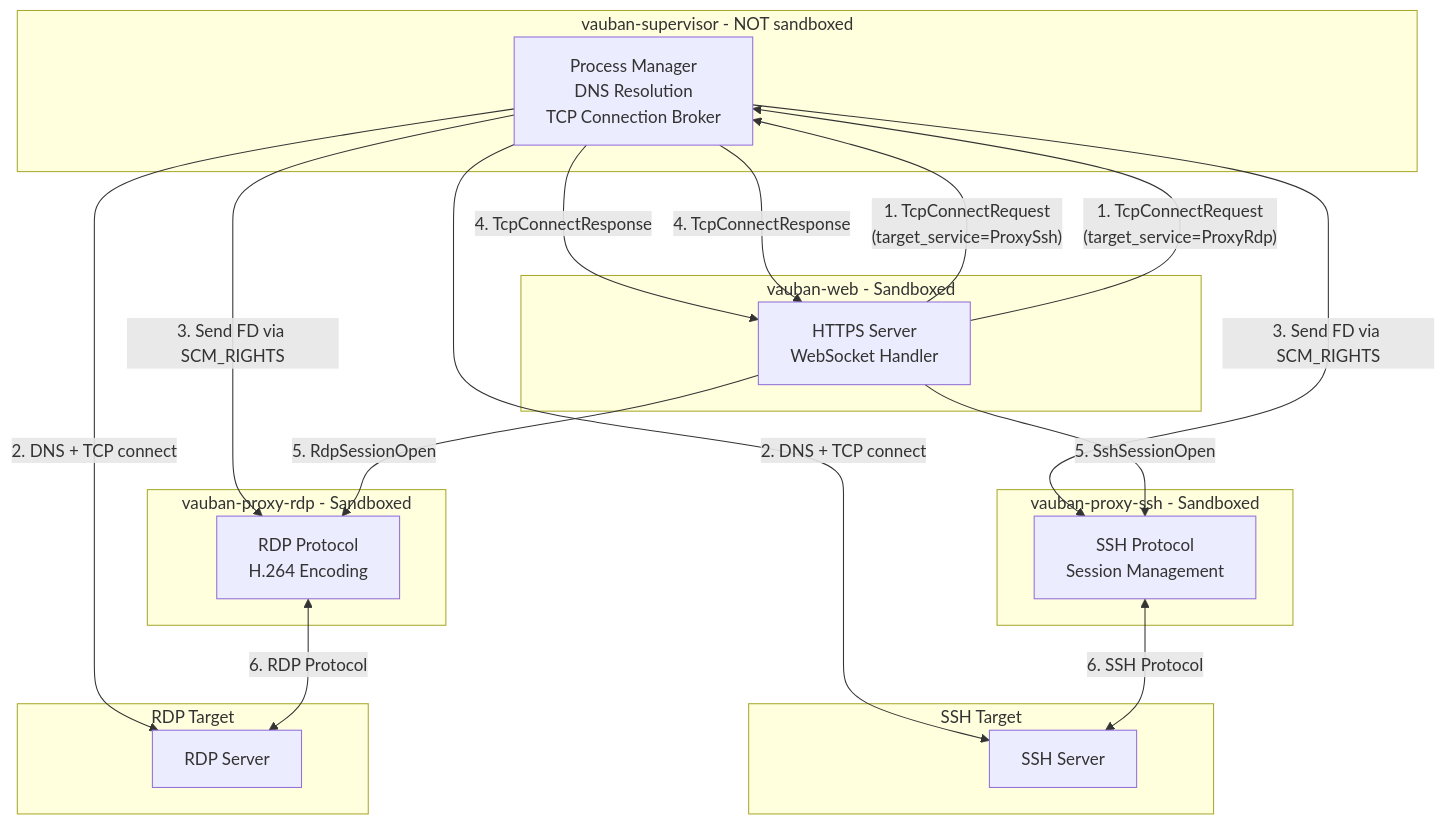
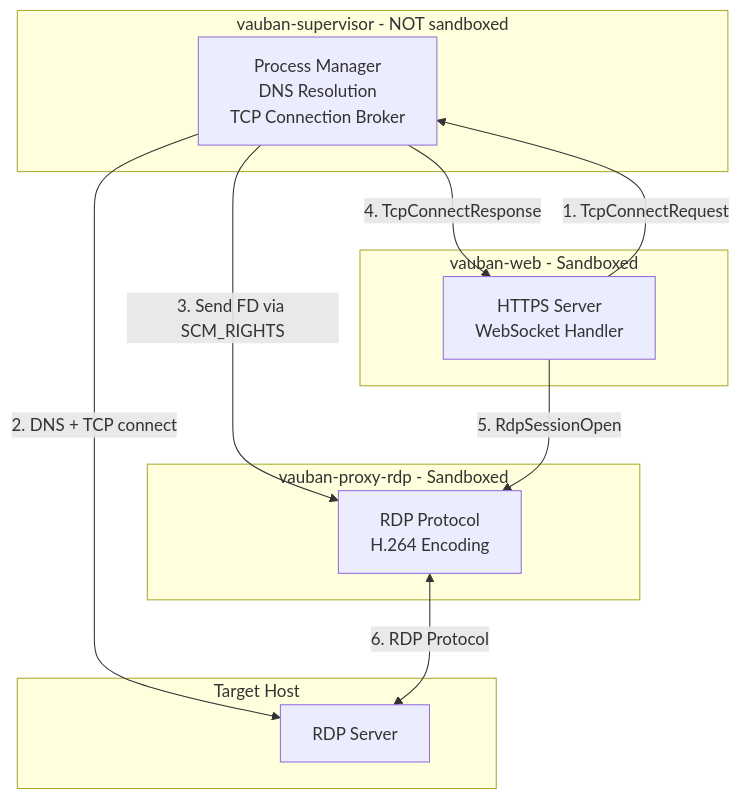
The fourth of 13 diagrams in docs/technical/Vauban_Privsep_Architecture_EN(1.2).md (rbenaley/Vauban), drawn with Mermaid before and after one commit. The commit also changed other lines of this file, not shown here.

Commit message:
docs(privsep): split 5.6.3 TCP brokering diagram into SSH and RDP
Restore original SSH-only diagram for clarity and add a separate
5.6.3b diagram for RDP with the same structure.

````diff
--- a/docs/technical/Vauban_Privsep_Architecture_EN(1.2).md
+++ b/docs/technical/Vauban_Privsep_Architecture_EN(1.2).md
@@ -496,40 +526,25 @@
 ```mermaid
 flowchart TB
     subgraph supervisor [vauban-supervisor - NOT sandboxed]
         S["Process Manager<br/>DNS Resolution<br/>TCP Connection Broker"]
     end
 
     subgraph web [vauban-web - Sandboxed]
         W["HTTPS Server<br/>WebSocket Handler"]
     end
 
-    subgraph ssh_proxy [vauban-proxy-ssh - Sandboxed]
-        PS["SSH Protocol<br/>Session Management"]
+    subgraph proxy [vauban-proxy-rdp - Sandboxed]
+        P["RDP Protocol<br/>H.264 Encoding"]
     end
 
-    subgraph rdp_proxy [vauban-proxy-rdp - Sandboxed]
-        PR["RDP Protocol<br/>H.264 Encoding"]
+    subgraph target [Target Host]
+        T["RDP Server"]
     end
 
-    subgraph ssh_target [SSH Target]
-        TS["SSH Server"]
-    end
-
-    subgraph rdp_target [RDP Target]
-        TR["RDP Server"]
-    end
-
-    W -->|"1. TcpConnectRequest<br/>(target_service=ProxySsh)"| S
-    S -->|"2. DNS + TCP connect"| TS
-    S -->|"3. Send FD via SCM_RIGHTS"| PS
+    W -->|"1. TcpConnectRequest"| S
+    S -->|"2. DNS + TCP connect"| T
+    S -->|"3. Send FD via SCM_RIGHTS"| P
     S -->|"4. TcpConnectResponse"| W
-    W -->|"5. SshSessionOpen"| PS
-    PS <-->|"6. SSH Protocol"| TS
-
-    W -->|"1. TcpConnectRequest<br/>(target_service=ProxyRdp)"| S
-    S -->|"2. DNS + TCP connect"| TR
-    S -->|"3. Send FD via SCM_RIGHTS"| PR
-    S -->|"4. TcpConnectResponse"| W
-    W -->|"5. RdpSessionOpen"| PR
-    PR <-->|"6. RDP Protocol"| TR
+    W -->|"5. RdpSessionOpen"| P
+    P <-->|"6. RDP Protocol"| T
 ```
````
